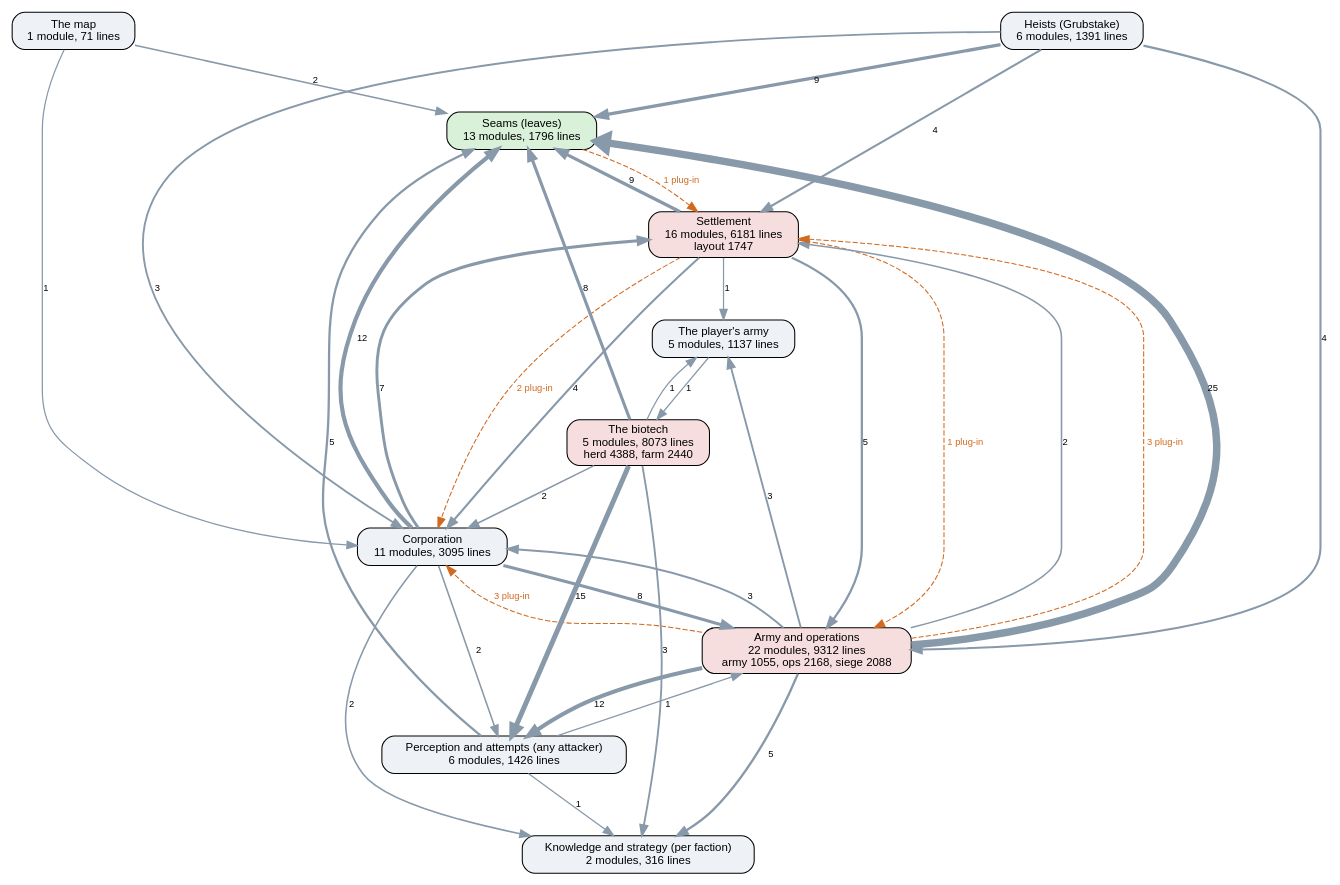
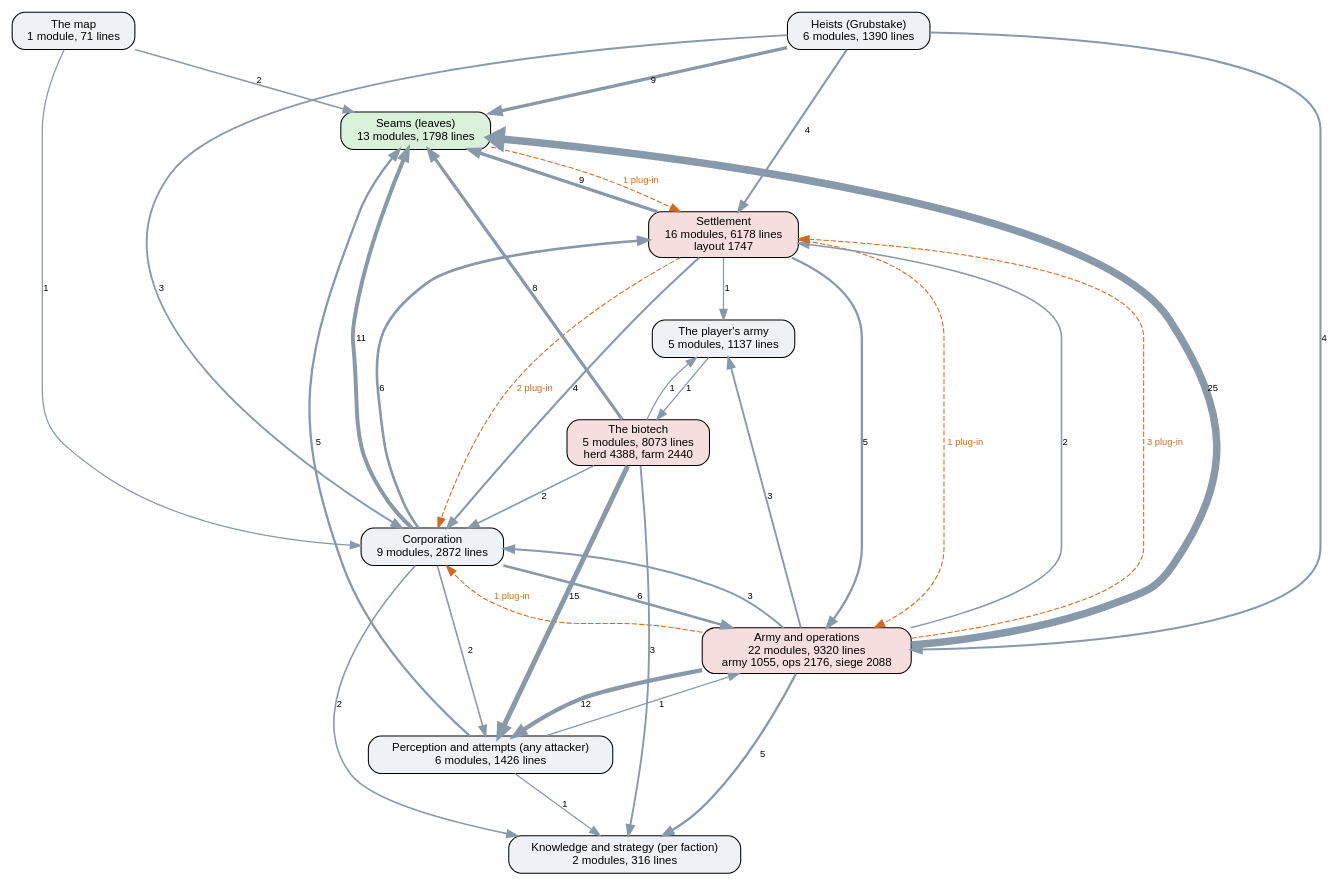
The diagram in docs/ai-layers.dot (kinelhu/landing-party), drawn with Graphviz before and after one commit. The commit also changed 46 other files, not shown here.

```diff
--- a/docs/ai-layers.dot
+++ b/docs/ai-layers.dot
@@ -1,50 +1,50 @@
 digraph layers {
   graph [rankdir=TB, fontname="Helvetica", nodesep=0.5, ranksep=0.7];
   node [shape=box, style="rounded,filled", fontname="Helvetica", fontsize=11, fillcolor="#eef2f7"];
   edge [color="#8899aa", fontname="Helvetica", fontsize=9];
-  "Seams (leaves)" [label="Seams (leaves)\n13 modules, 1796 lines", fillcolor="#d9f0d9"];
+  "Seams (leaves)" [label="Seams (leaves)\n13 modules, 1798 lines", fillcolor="#d9f0d9"];
   "Perception and attempts (any attacker)" [label="Perception and attempts (any attacker)\n6 modules, 1426 lines", fillcolor="#eef2f7"];
   "Knowledge and strategy (per faction)" [label="Knowledge and strategy (per faction)\n2 modules, 316 lines", fillcolor="#eef2f7"];
-  "Corporation" [label="Corporation\n11 modules, 3095 lines", fillcolor="#eef2f7"];
-  "Settlement" [label="Settlement\n16 modules, 6181 lines\nlayout 1747", fillcolor="#f7dede"];
-  "Army and operations" [label="Army and operations\n22 modules, 9312 lines\narmy 1055, ops 2168, siege 2088", fillcolor="#f7dede"];
-  "Heists (Grubstake)" [label="Heists (Grubstake)\n6 modules, 1391 lines", fillcolor="#eef2f7"];
+  "Corporation" [label="Corporation\n9 modules, 2872 lines", fillcolor="#eef2f7"];
+  "Settlement" [label="Settlement\n16 modules, 6178 lines\nlayout 1747", fillcolor="#f7dede"];
+  "Army and operations" [label="Army and operations\n22 modules, 9320 lines\narmy 1055, ops 2176, siege 2088", fillcolor="#f7dede"];
+  "Heists (Grubstake)" [label="Heists (Grubstake)\n6 modules, 1390 lines", fillcolor="#eef2f7"];
   "The biotech" [label="The biotech\n5 modules, 8073 lines\nherd 4388, farm 2440", fillcolor="#f7dede"];
   "The map" [label="The map\n1 module, 71 lines", fillcolor="#eef2f7"];
   "The player's army" [label="The player's army\n5 modules, 1137 lines", fillcolor="#eef2f7"];
   "Army and operations" -> "Corporation" [label="3", penwidth=1.8];
   "Army and operations" -> "Knowledge and strategy (per faction)" [label="5", penwidth=2.2];
   "Army and operations" -> "Perception and attempts (any attacker)" [label="12", penwidth=4.0];
   "Army and operations" -> "Seams (leaves)" [label="25", penwidth=7.2];
   "Army and operations" -> "Settlement" [label="2", penwidth=1.5];
   "Army and operations" -> "The player's army" [label="3", penwidth=1.8];
-  "Corporation" -> "Army and operations" [label="8", penwidth=3.0];
+  "Corporation" -> "Army and operations" [label="6", penwidth=2.5];
   "Corporation" -> "Knowledge and strategy (per faction)" [label="2", penwidth=1.5];
   "Corporation" -> "Perception and attempts (any attacker)" [label="2", penwidth=1.5];
-  "Corporation" -> "Seams (leaves)" [label="12", penwidth=4.0];
-  "Corporation" -> "Settlement" [label="7", penwidth=2.8];
+  "Corporation" -> "Seams (leaves)" [label="11", penwidth=3.8];
+  "Corporation" -> "Settlement" [label="6", penwidth=2.5];
   "Heists (Grubstake)" -> "Army and operations" [label="4", penwidth=2.0];
   "Heists (Grubstake)" -> "Corporation" [label="3", penwidth=1.8];
   "Heists (Grubstake)" -> "Seams (leaves)" [label="9", penwidth=3.2];
   "Heists (Grubstake)" -> "Settlement" [label="4", penwidth=2.0];
   "Perception and attempts (any attacker)" -> "Army and operations" [label="1", penwidth=1.2];
   "Perception and attempts (any attacker)" -> "Knowledge and strategy (per faction)" [label="1", penwidth=1.2];
   "Perception and attempts (any attacker)" -> "Seams (leaves)" [label="5", penwidth=2.2];
   "Settlement" -> "Army and operations" [label="5", penwidth=2.2];
   "Settlement" -> "Corporation" [label="4", penwidth=2.0];
   "Settlement" -> "Seams (leaves)" [label="9", penwidth=3.2];
   "Settlement" -> "The player's army" [label="1", penwidth=1.2];
   "The biotech" -> "Corporation" [label="2", penwidth=1.5];
   "The biotech" -> "Knowledge and strategy (per faction)" [label="3", penwidth=1.8];
   "The biotech" -> "Perception and attempts (any attacker)" [label="15", penwidth=4.8];
   "The biotech" -> "Seams (leaves)" [label="8", penwidth=3.0];
   "The biotech" -> "The player's army" [label="1", penwidth=1.2];
   "The map" -> "Corporation" [label="1", penwidth=1.2];
   "The map" -> "Seams (leaves)" [label="2", penwidth=1.5];
   "The player's army" -> "The biotech" [label="1", penwidth=1.2];
-  "Army and operations" -> "Corporation" [style=dashed, color="#d2691e", fontcolor="#d2691e", label="3 plug-in"];
+  "Army and operations" -> "Corporation" [style=dashed, color="#d2691e", fontcolor="#d2691e", label="1 plug-in"];
   "Army and operations" -> "Settlement" [style=dashed, color="#d2691e", fontcolor="#d2691e", label="3 plug-in"];
   "Seams (leaves)" -> "Settlement" [style=dashed, color="#d2691e", fontcolor="#d2691e", label="1 plug-in"];
   "Settlement" -> "Army and operations" [style=dashed, color="#d2691e", fontcolor="#d2691e", label="1 plug-in"];
   "Settlement" -> "Corporation" [style=dashed, color="#d2691e", fontcolor="#d2691e", label="2 plug-in"];
 }
```
